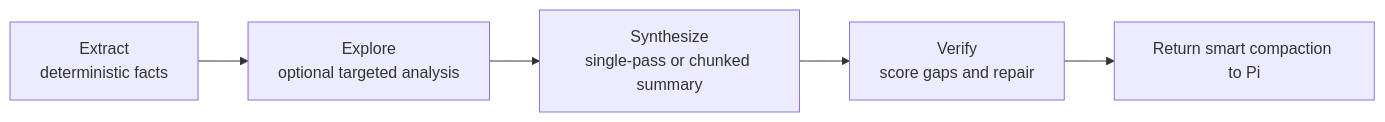
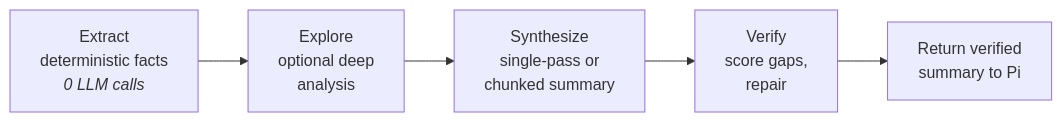
The diagram in README.md (alpertarhan/pi-smart-compact), drawn with Mermaid before and after one commit. The commit also changed other lines of this file and 37 other files, not shown here.

````diff
--- a/README.md
+++ b/README.md
@@ -85,7 +72,7 @@
 ```mermaid
 flowchart LR
-    A[Extract<br/>deterministic facts] --> B[Explore<br/>optional targeted analysis]
-    B --> C[Synthesize<br/>single-pass or chunked summary]
-    C --> D[Verify<br/>score gaps and repair]
-    D --> E[Return smart compaction to Pi]
+    A["Extract<br/>deterministic facts<br/><i>0 LLM calls</i>"] --> B["Explore<br/>optional deep<br/>analysis"]
+    B --> C["Synthesize<br/>single-pass or<br/>chunked summary"]
+    C --> D["Verify<br/>score gaps,<br/>repair"]
+    D --> E["Return verified<br/>summary to Pi"]
 ```
````
